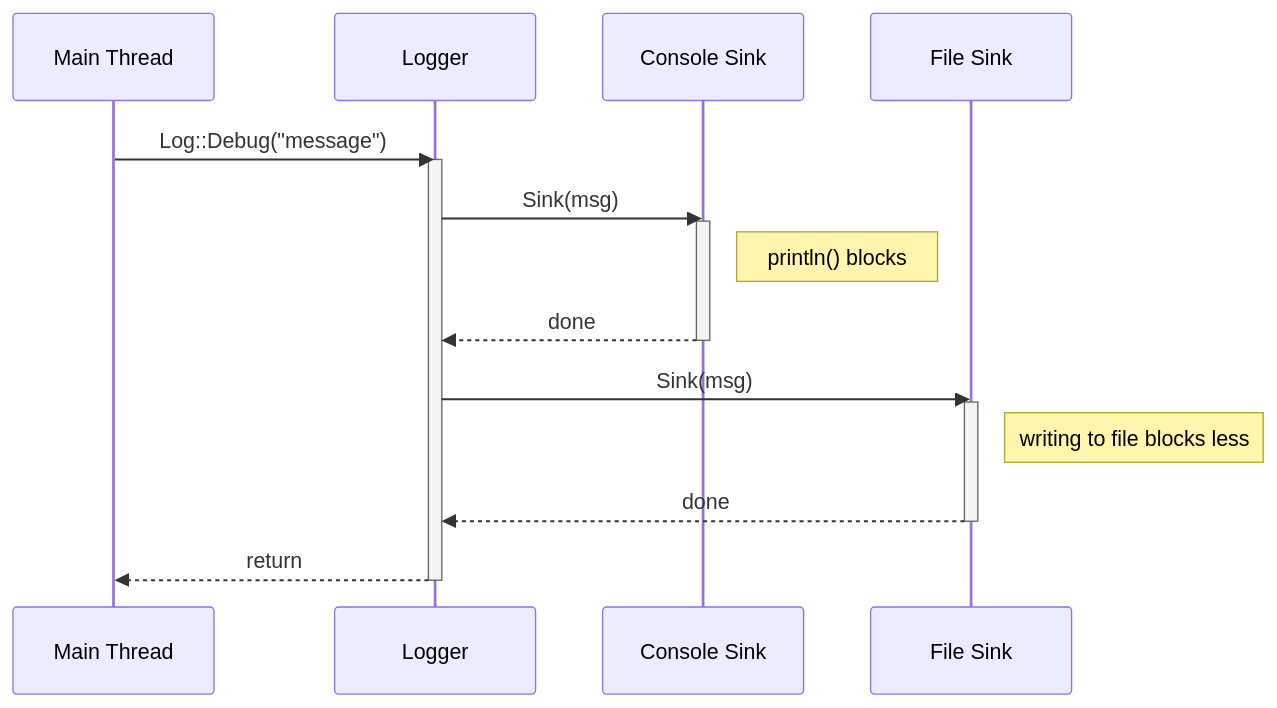
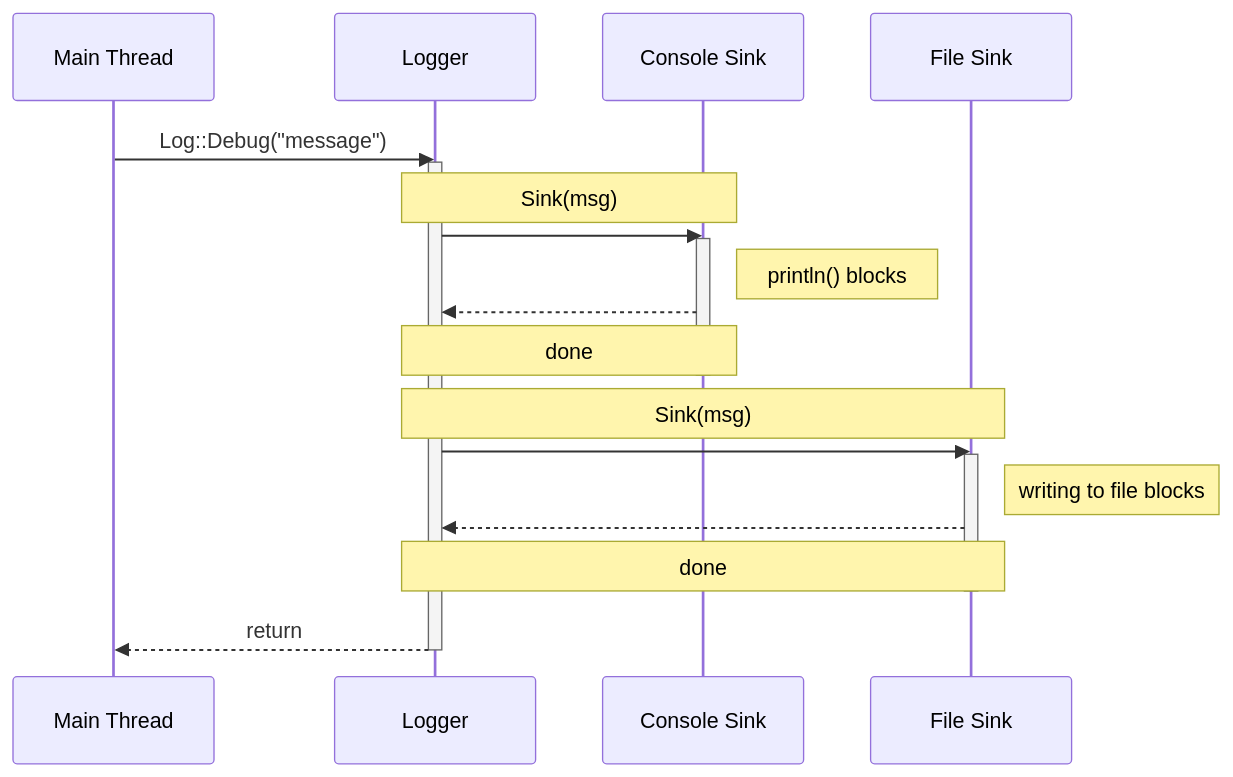
The third of 8 diagrams in _posts/2026-01-14-Learning-Multithreading-With-A-Logger.md (Tycro-Games/tycro-games.github.io), drawn with Mermaid before and after one commit. The commit also changed other lines of this file, not shown here.

````diff
--- a/_posts/2026-01-14-Learning-Multithreading-With-A-Logger.md
+++ b/_posts/2026-01-14-Learning-Multithreading-With-A-Logger.md
@@ -292,23 +306,29 @@
 ```mermaid
 sequenceDiagram
     participant Main as Main Thread
     participant Logger
     participant Console as Console Sink
     participant File as File Sink
     
     Main->>Logger: Log::Debug("message")
     activate Logger
-    Logger->>Console: Sink(msg)
+    
+    Note over Logger,Console: Sink(msg)
+    Logger->>Console: 
     activate Console
     Note right of Console: println() blocks
-    Console-->>Logger: done
+    Console-->>Logger: 
+    Note over Logger,Console: done
     deactivate Console
-    Logger->>File: Sink(msg)
+    
+    Note over Logger,File: Sink(msg)
+    Logger->>File: 
     activate File
-    Note right of File: writing to file blocks less
-    File-->>Logger: done
+    Note right of File: writing to file blocks
+    File-->>Logger: 
+    Note over Logger,File: done
     deactivate File
+    
     Logger-->>Main: return
     deactivate Logger
-
 ```
````
